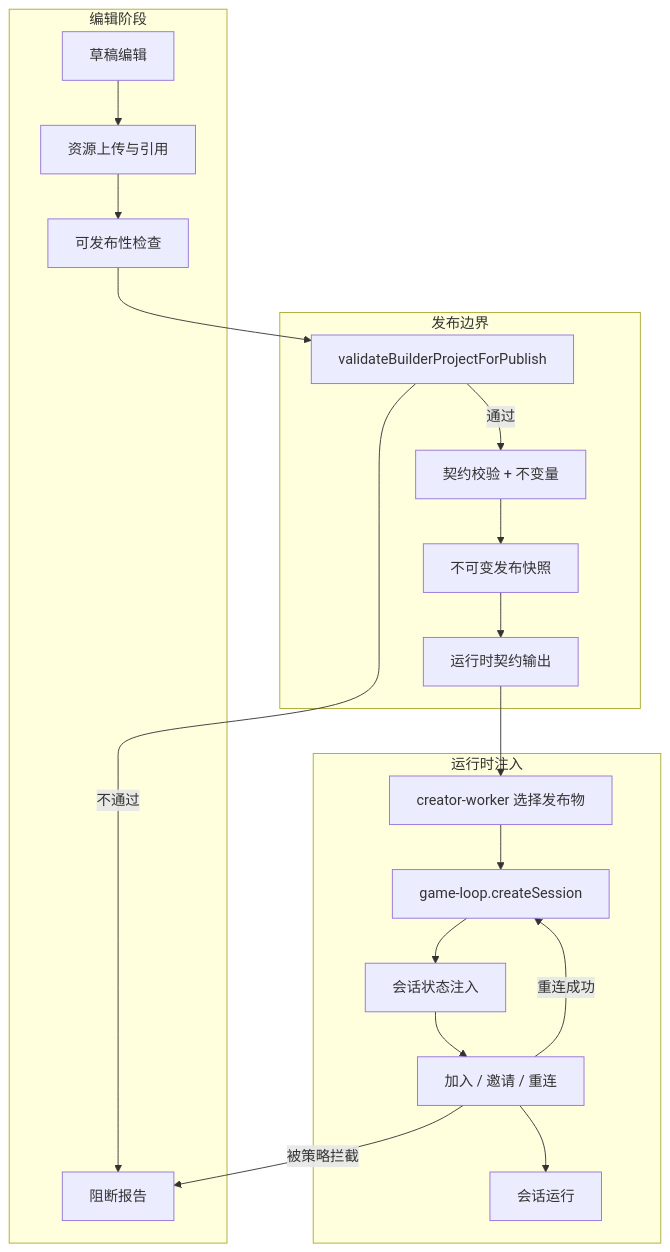
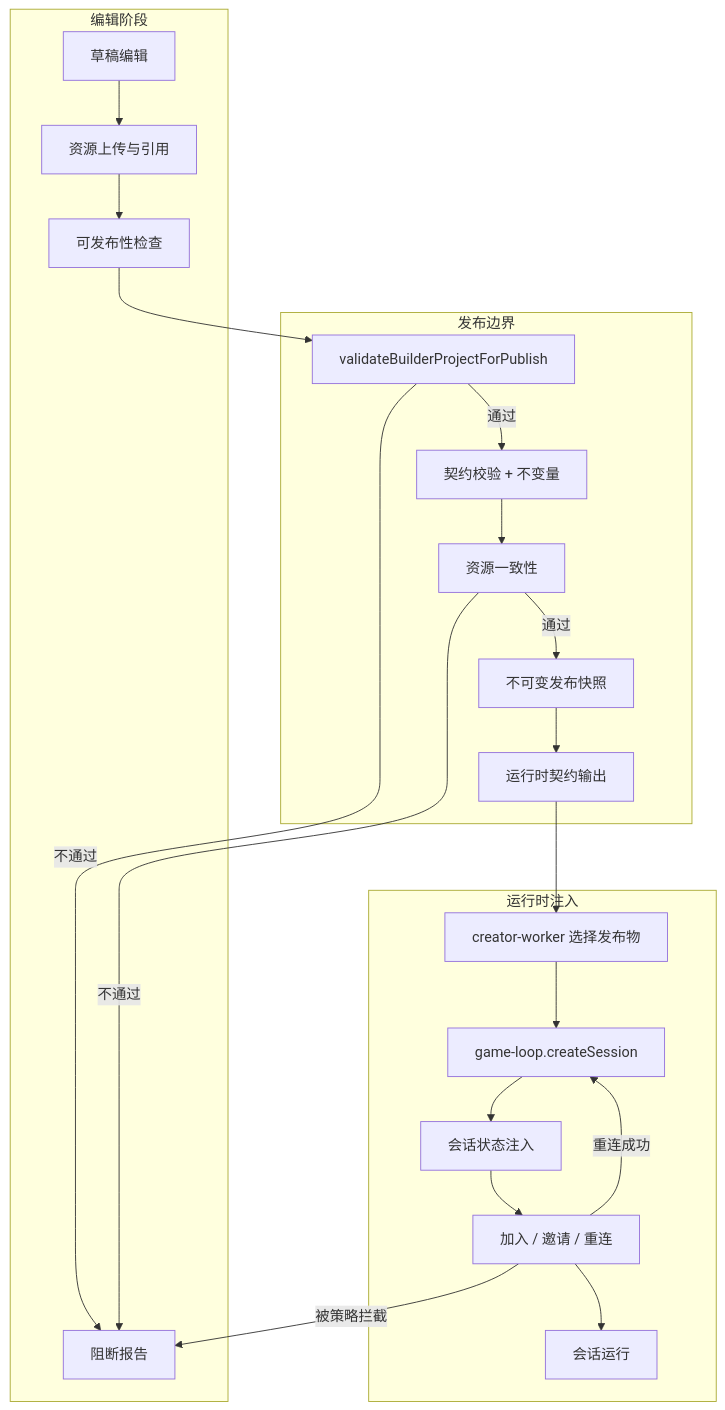
Before and after one commit to d4551/tea: the sixth of 16 diagrams in README.md, drawn with Mermaid. The commit also changed other lines of this file and 151 other files, not shown here.

````diff
--- a/README.md
+++ b/README.md
@@ -423,31 +468,34 @@
 ```mermaid
 flowchart TD
   subgraph Authoring["编辑阶段"]
     A_Draft["草稿编辑"]
     A_Asset["资源上传与引用"]
     A_Audit["可发布性检查"]
     A_Report["阻断报告"]
   end
 
   subgraph Publish["发布边界"]
     P_Validate["validateBuilderProjectForPublish"]
     P_Contract["契约校验 + 不变量"]
+    P_AssetCheck["资源一致性"]
     P_Release["不可变发布快照"]
     P_Output["运行时契约输出"]
   end
 
   subgraph Runtime["运行时注入"]
     R_Select["creator-worker 选择发布物"]
     R_Create["game-loop.createSession"]
     R_Hydrate["会话状态注入"]
     R_Join["加入 / 邀请 / 重连"]
     R_Result["会话运行"]
   end
 
   A_Draft --> A_Asset --> A_Audit --> P_Validate
-  P_Validate -->|通过| P_Contract --> P_Release --> P_Output --> R_Select
+  P_Validate -->|通过| P_Contract --> P_AssetCheck
+  P_AssetCheck -->|通过| P_Release --> P_Output --> R_Select
   P_Validate -->|不通过| A_Report
+  P_AssetCheck -->|不通过| A_Report
   R_Select --> R_Create --> R_Hydrate --> R_Join --> R_Result
   R_Join -->|重连成功| R_Create
   R_Join -->|被策略拦截| A_Report
 ```
````
